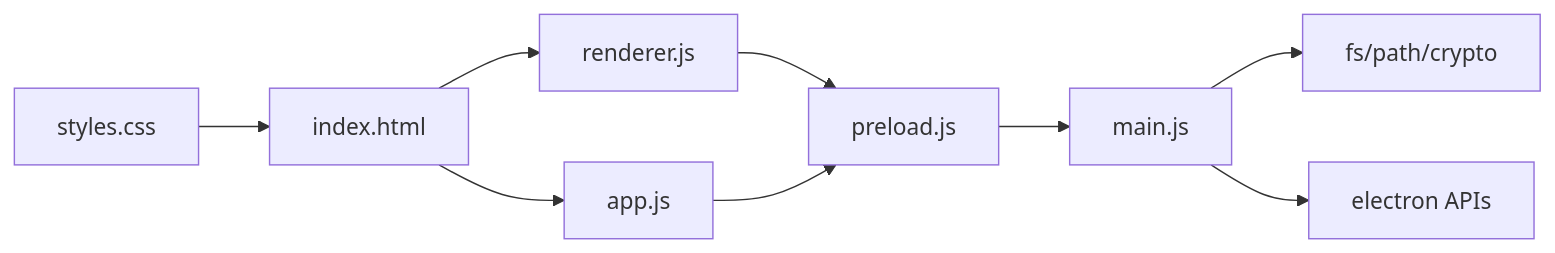
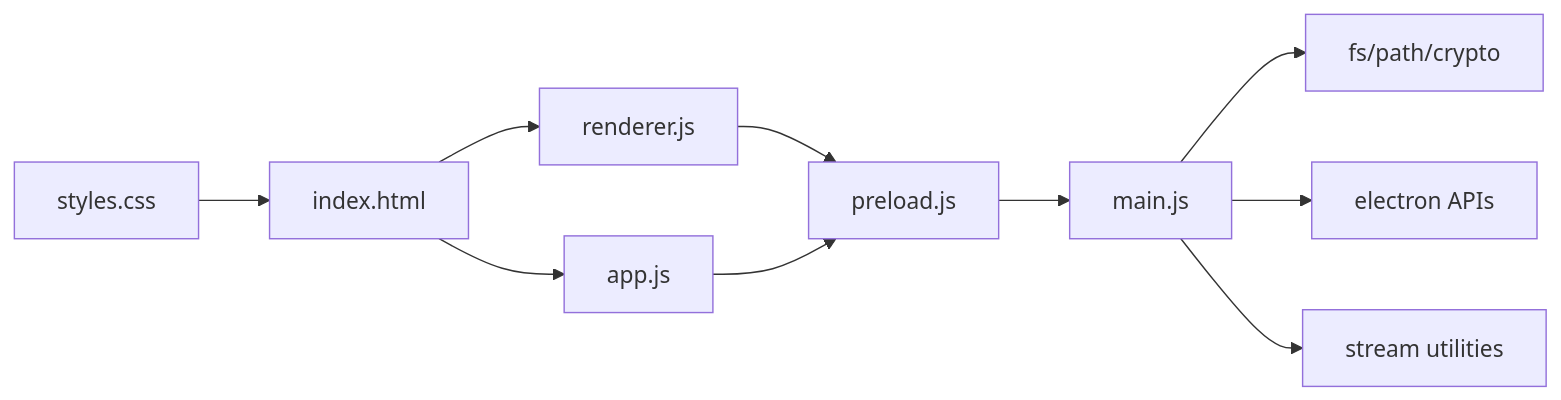
Before and after one commit to Annguyen0410/Personal-Messenger-Like-Storage-: diagram 18 of 18 in .qoder/repowiki/en/content/Core Features.md, drawn with Mermaid. The commit also changed other lines of this file and 19 other files, not shown here.

````diff
--- a/.qoder/repowiki/en/content/Core Features.md
+++ b/.qoder/repowiki/en/content/Core Features.md
@@ -368,11 +663,12 @@
 ```mermaid
 graph LR
 M["main.js"] --> FS["fs/path/crypto"]
 M --> E["electron APIs"]
+M --> ST["stream utilities"]
 P["preload.js"] --> M
 R["renderer.js"] --> P
 A["app.js"] --> P
 H["index.html"] --> R
 H --> A
 S["styles.css"] --> H
 ```
````
